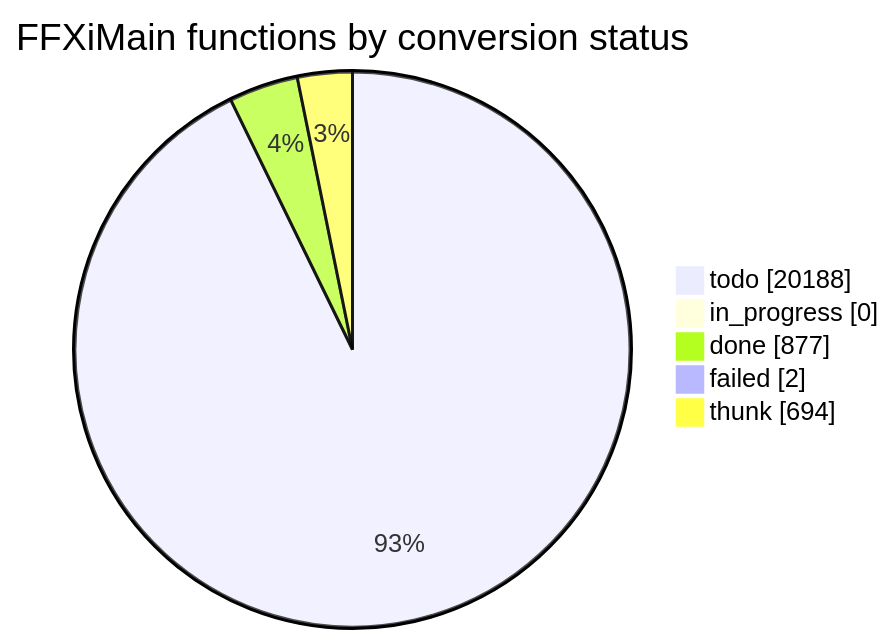
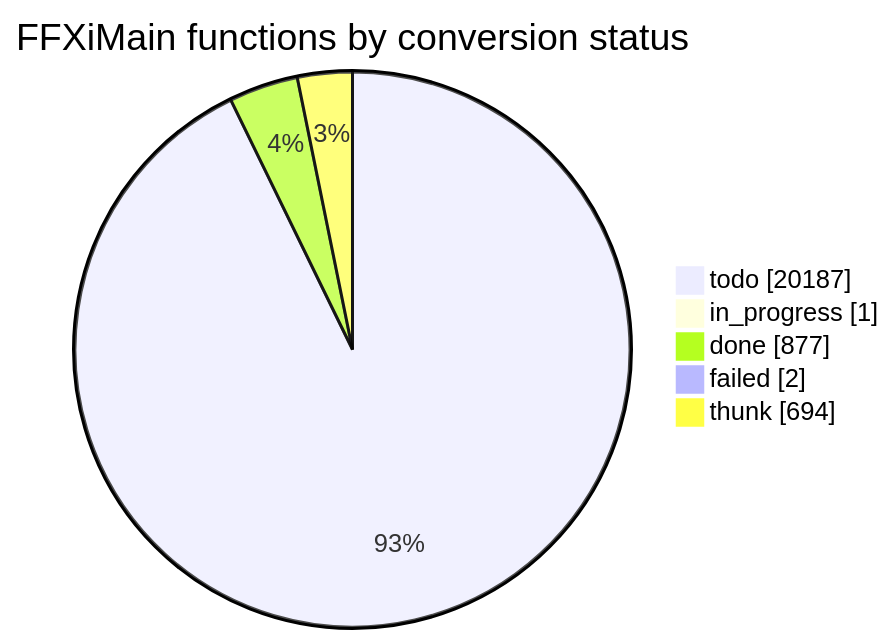
The diagram in docs/cow/STATUS.md (cowrevenge/cow_kuluu_xi_anything), drawn with Mermaid before and after one commit. The commit also changed other lines of this file and 7 other files, not shown here.

````diff
--- a/docs/cow/STATUS.md
+++ b/docs/cow/STATUS.md
@@ -18,9 +18,9 @@
 ```mermaid
 pie showData
     title FFXiMain functions by conversion status
-    "todo" : 20188
-    "in_progress" : 0
+    "todo" : 20187
+    "in_progress" : 1
     "done" : 877
     "failed" : 2
     "thunk" : 694
 ```
````
